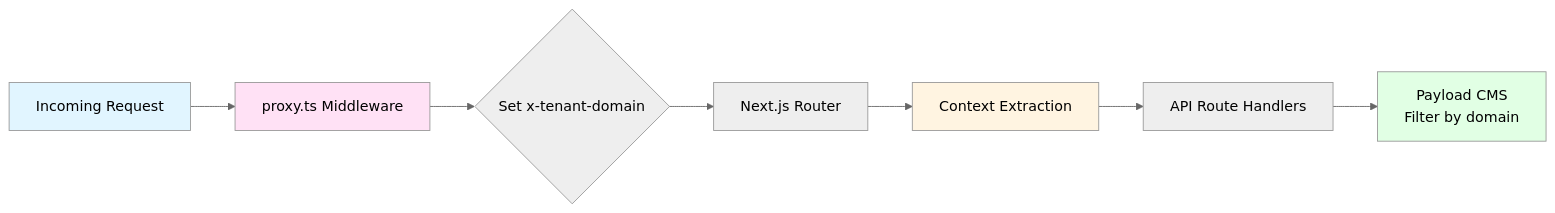
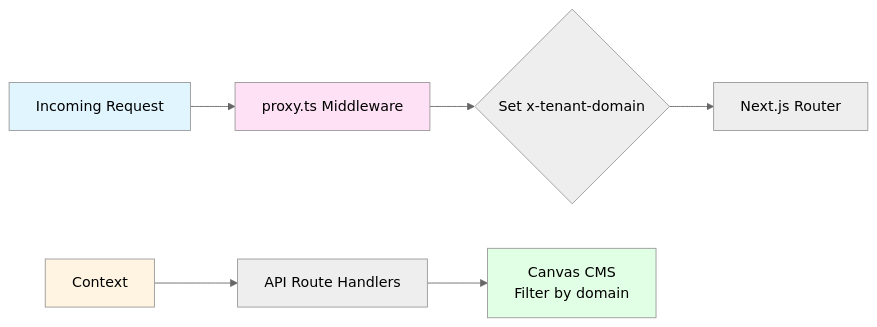
Before and after one commit to ossaidqadri/otherdev.web-02: the seventh of 11 diagrams in web/docs/ARCHITECTURE.md, drawn with Mermaid (neutral theme). The commit also changed other lines of this file and 3 other files, not shown here.

````diff
--- a/web/docs/ARCHITECTURE.md
+++ b/web/docs/ARCHITECTURE.md
@@ -508,15 +507,13 @@
 ```mermaid
 graph LR
     Request[Incoming Request] --> Proxy[proxy.ts Middleware]
     Proxy --> Header{Set x-tenant-domain}
     Header --> NextJS[Next.js Router]
-    NextJS --> Context[Context Extraction]
     Context --> Handler[API Route Handlers]
-
-    Handler --> CMS[Payload CMS<br/>Filter by domain]
+    Handler --> CMS[Canvas CMS<br/>Filter by domain]
 
     style Request fill:#e1f5ff
     style Proxy fill:#ffe1f5
     style Context fill:#fff4e1
     style CMS fill:#e1ffe4
 ```
````
